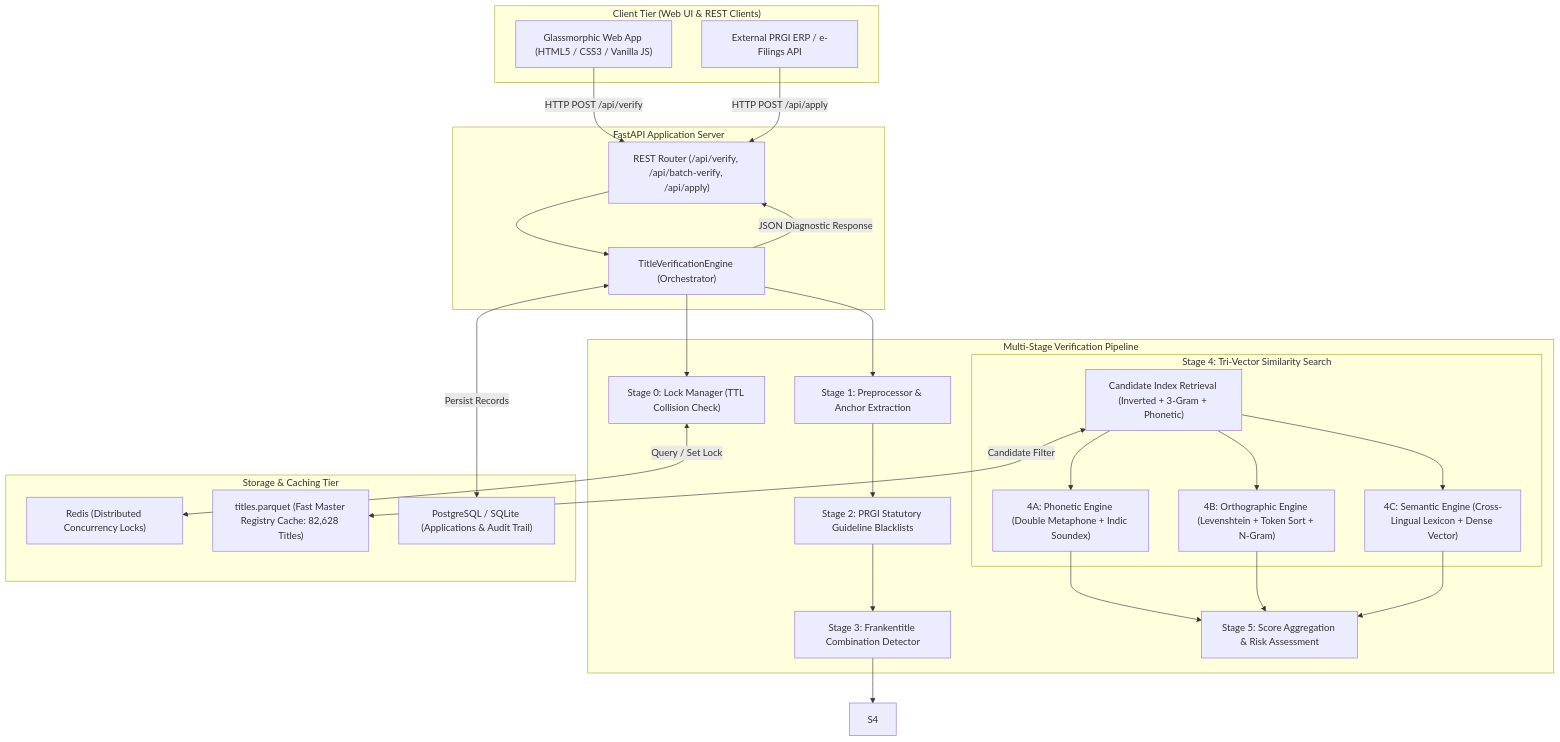
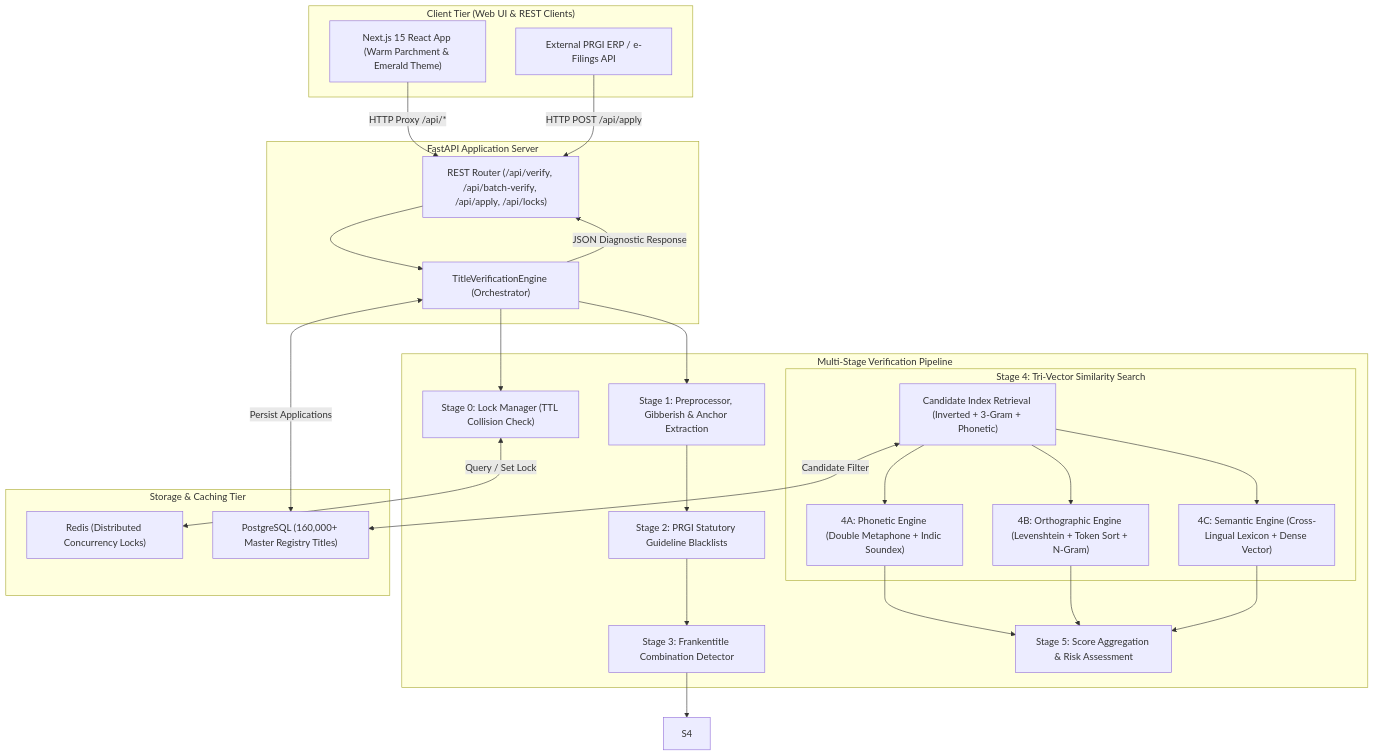
Before and after one commit to ancient-kid/prgi-title-verifier: the diagram in README.md, drawn with Mermaid. The commit also changed other lines of this file and 1 other file, not shown here.

````diff
--- a/README.md
+++ b/README.md
@@ -70,49 +69,48 @@
 ```mermaid
 flowchart TD
     subgraph Client["Client Tier (Web UI & REST Clients)"]
-        UI["Glassmorphic Web App (HTML5 / CSS3 / Vanilla JS)"]
+        UI["Next.js 15 React App (Warm Parchment & Emerald Theme)"]
         API_Client["External PRGI ERP / e-Filings API"]
     end
 
     subgraph FastAPISvc["FastAPI Application Server"]
-        Router["REST Router (/api/verify, /api/batch-verify, /api/apply)"]
+        Router["REST Router (/api/verify, /api/batch-verify, /api/apply, /api/locks)"]
         Engine["TitleVerificationEngine (Orchestrator)"]
     end
 
     subgraph Pipeline["Multi-Stage Verification Pipeline"]
         S0["Stage 0: Lock Manager (TTL Collision Check)"]
-        S1["Stage 1: Preprocessor & Anchor Extraction"]
+        S1["Stage 1: Preprocessor, Gibberish & Anchor Extraction"]
         S2["Stage 2: PRGI Statutory Guideline Blacklists"]
         S3["Stage 3: Frankentitle Combination Detector"]
         
         subgraph Stage4["Stage 4: Tri-Vector Similarity Search"]
             IDX["Candidate Index Retrieval (Inverted + 3-Gram + Phonetic)"]
             S4A["4A: Phonetic Engine (Double Metaphone + Indic Soundex)"]
             S4B["4B: Orthographic Engine (Levenshtein + Token Sort + N-Gram)"]
             S4C["4C: Semantic Engine (Cross-Lingual Lexicon + Dense Vector)"]
         end
 
         S5["Stage 5: Score Aggregation & Risk Assessment"]
     end
 
     subgraph Storage["Storage & Caching Tier"]
         Redis["Redis (Distributed Concurrency Locks)"]
-        Parquet["titles.parquet (Fast Master Registry Cache: 82,628 Titles)"]
-        Postgres["PostgreSQL / SQLite (Applications & Audit Trail)"]
+        Postgres["PostgreSQL (160,000+ Master Registry Titles)"]
     end
 
-    UI -->|HTTP POST /api/verify| Router
+    UI -->|HTTP Proxy /api/*| Router
     API_Client -->|HTTP POST /api/apply| Router
     Router --> Engine
     Engine --> S0
     S0 <-->|Query / Set Lock| Redis
     Engine --> S1
     S1 --> S2
     S2 --> S3
     S3 --> S4
-    IDX <-->|Candidate Filter| Parquet
+    IDX <-->|Candidate Filter| Postgres
     IDX --> S4A & S4B & S4C
     S4A & S4B & S4C --> S5
-    Engine <-->|Persist Records| Postgres
+    Engine <-->|Persist Applications| Postgres
     Engine -->|JSON Diagnostic Response| Router
 ```
````
